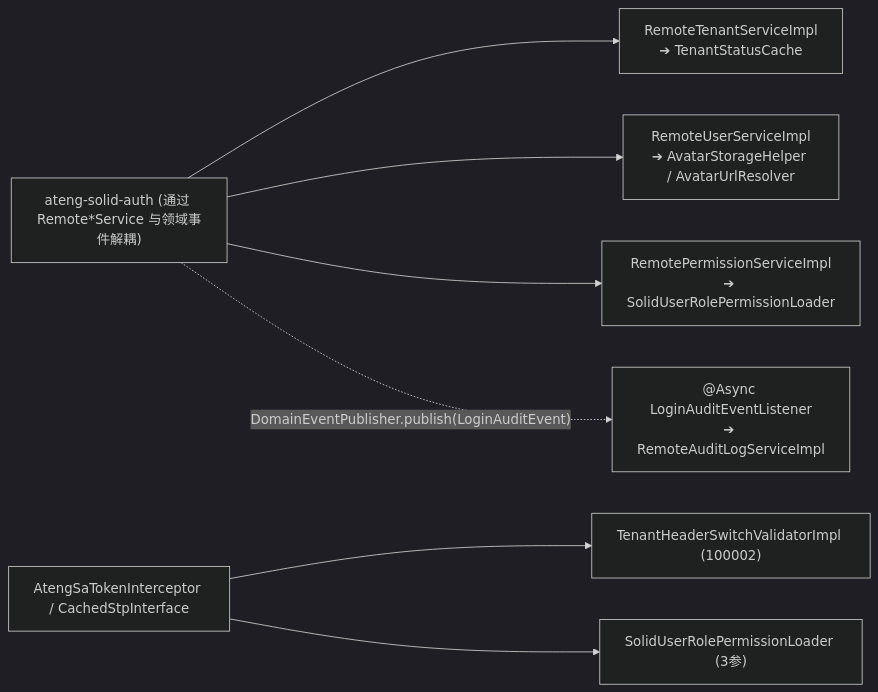
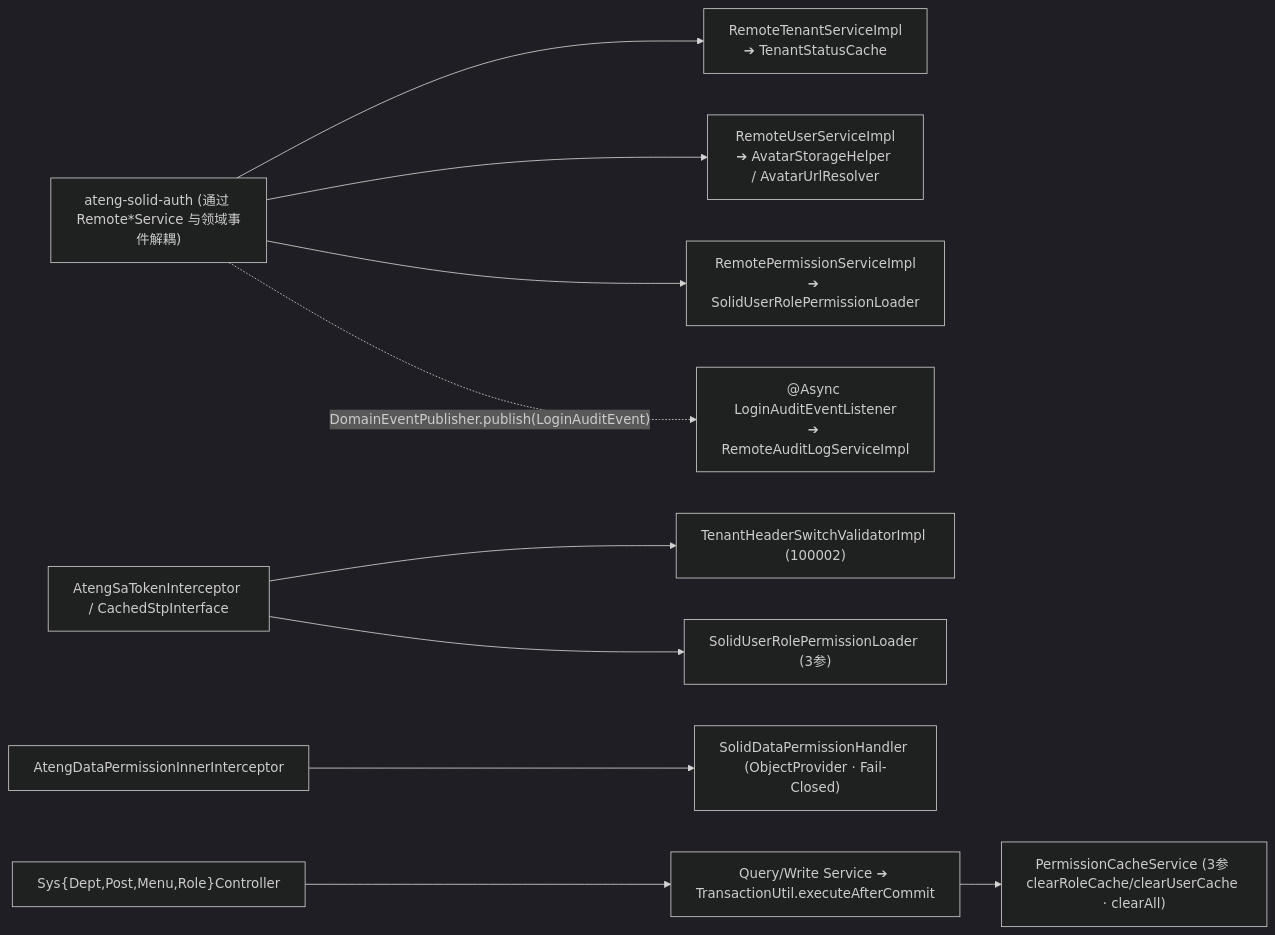
The diagram in ateng-solid-system/README.md (atengk/ateng-solid-server), drawn with Mermaid (dark theme) before and after one commit. The commit also changed other lines of this file and 51 other files, not shown here.

````diff
--- a/ateng-solid-system/README.md
+++ b/ateng-solid-system/README.md
@@ -35,9 +40,12 @@
 ```mermaid
 flowchart LR
     Auth["ateng-solid-auth (通过 Remote*Service 与领域事件解耦)"] --> TenantSvc["RemoteTenantServiceImpl<br/>➔ TenantStatusCache"]
     Auth --> UserSvc["RemoteUserServiceImpl<br/>➔ AvatarStorageHelper / AvatarUrlResolver"]
     Auth --> PermSvc["RemotePermissionServiceImpl<br/>➔ SolidUserRolePermissionLoader"]
     Auth -. "DomainEventPublisher.publish(LoginAuditEvent)" .-> AuditLsn["@Async LoginAuditEventListener<br/>➔ RemoteAuditLogServiceImpl"]
     SaToken["AtengSaTokenInterceptor / CachedStpInterface"] --> SwitchSPI["TenantHeaderSwitchValidatorImpl (100002)"]
     SaToken --> PermSPI["SolidUserRolePermissionLoader (3参)"]
+    MP["AtengDataPermissionInnerInterceptor"] --> DataPerm["SolidDataPermissionHandler (ObjectProvider<Mapper> · Fail-Closed)"]
+    WebCtrl["Sys{Dept,Post,Menu,Role}Controller"] --> AppSvc["Query/Write Service ➔ TransactionUtil.executeAfterCommit"]
+    AppSvc --> Cache["PermissionCacheService (3参 clearRoleCache/clearUserCache · clearAll)"]
 ```
````
